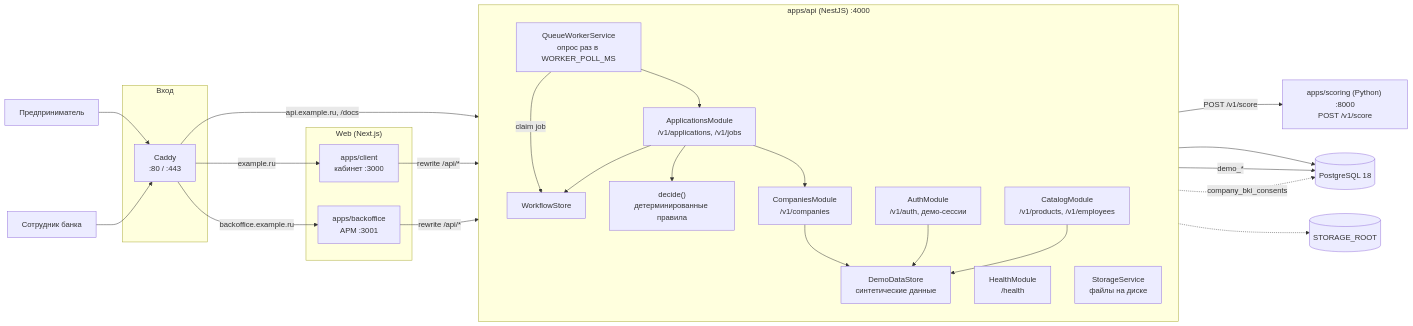
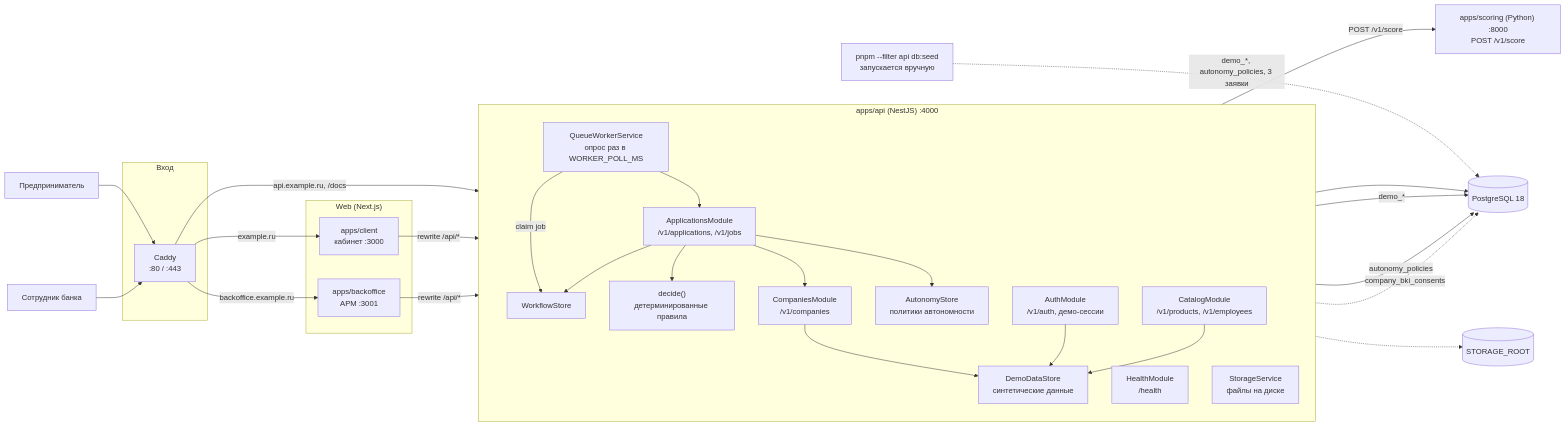
One commit to DjonniStorm/smart-credit-dashboard changed the diagram in docs/diagrams/01-architecture.md. Above: the diagram before and after it, drawn with Mermaid. The commit also changed other lines of this file and 15 other files, not shown here.

First line of the commit message:
docs: закрыть замечания ревью к диаграммам

````diff
--- a/docs/diagrams/01-architecture.md
+++ b/docs/diagrams/01-architecture.md
@@ -5,54 +5,59 @@
 ```mermaid
 flowchart LR
   user["Предприниматель"]
   employee["Сотрудник банка"]
 
   subgraph edge["Вход"]
     caddy["Caddy<br/>:80 / :443"]
   end
 
   subgraph web["Web (Next.js)"]
     client["apps/client<br/>кабинет :3000"]
     backoffice["apps/backoffice<br/>АРМ :3001"]
   end
 
   subgraph apiBox["apps/api (NestJS) :4000"]
     direction TB
     applications["ApplicationsModule<br/>/v1/applications, /v1/jobs"]
     companies["CompaniesModule<br/>/v1/companies"]
     auth["AuthModule<br/>/v1/auth, демо-сессии"]
     catalog["CatalogModule<br/>/v1/products, /v1/employees"]
+    autonomy["AutonomyStore<br/>политики автономности"]
     health["HealthModule<br/>/health"]
     worker["QueueWorkerService<br/>опрос раз в WORKER_POLL_MS"]
     decision["decide()<br/>детерминированные правила"]
     store["WorkflowStore"]
     demo["DemoDataStore<br/>синтетические данные"]
     storage["StorageService<br/>файлы на диске"]
   end
 
+  seed["pnpm --filter api db:seed<br/>запускается вручную"]
   scoring["apps/scoring (Python) :8000<br/>POST /v1/score"]
   db[("PostgreSQL 18")]
   disk[("STORAGE_ROOT")]
 
   user --> caddy
   employee --> caddy
   caddy -->|"example.ru"| client
   caddy -->|"backoffice.example.ru"| backoffice
   caddy -->|"api.example.ru, /docs"| apiBox
   client -->|"rewrite /api/*"| apiBox
   backoffice -->|"rewrite /api/*"| apiBox
 
   applications --> store
   applications --> decision
   applications --> companies
+  applications --> autonomy
   worker -->|"claim job"| store
   worker --> applications
   auth --> demo
   catalog --> demo
   companies --> demo
   companies -->|"POST /v1/score"| scoring
   store --> db
   demo -->|"demo_*"| db
+  autonomy -->|"autonomy_policies"| db
+  seed -.->|"demo_*, autonomy_policies, 3 заявки"| db
   companies -.->|"company_bki_consents"| db
   storage -.-> disk
 ```
````
